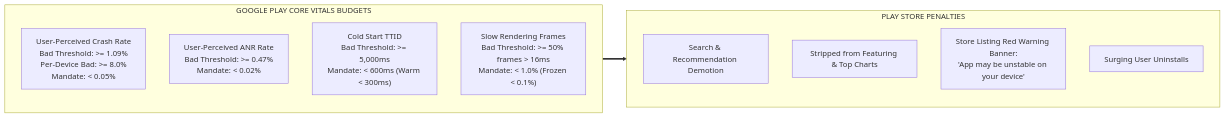
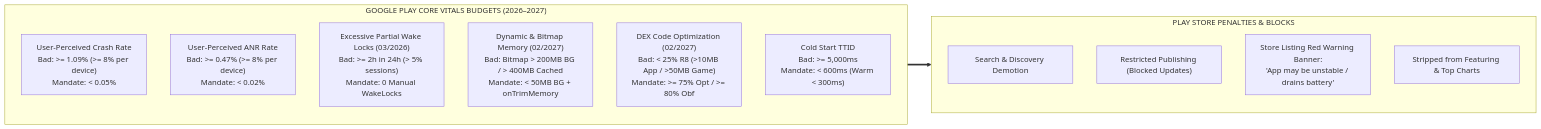
One commit to vinhvox/Anti-Vibe-Coding-Android-Engine changed the diagram in rules/27-app-quality-vitals.md. Above: the diagram before and after it, drawn with Mermaid. The commit also changed other lines of this file and 31 other files, not shown here.

Commit message:
feat(core): synchronize Gates E37-E40, 2026-2027 Play Vitals/Policy, Rule 45 & new skills from ~/.antigravity

````diff
--- a/rules/27-app-quality-vitals.md
+++ b/rules/27-app-quality-vitals.md
@@ -14,18 +14,20 @@
 ```mermaid
 flowchart LR
-    subgraph Vitals ["GOOGLE PLAY CORE VITALS BUDGETS"]
-        C["User-Perceived Crash Rate\nBad Threshold: >= 1.09%\nPer-Device Bad: >= 8.0%\nMandate: < 0.05%"]
-        A["User-Perceived ANR Rate\nBad Threshold: >= 0.47%\nMandate: < 0.02%"]
-        S["Cold Start TTID\nBad Threshold: >= 5,000ms\nMandate: < 600ms (Warm < 300ms)"]
-        J["Slow Rendering Frames\nBad Threshold: >= 50% frames > 16ms\nMandate: < 1.0% (Frozen < 0.1%)"]
+    subgraph Vitals ["GOOGLE PLAY CORE VITALS BUDGETS (2026–2027)"]
+        C["User-Perceived Crash Rate\nBad: >= 1.09% (>= 8% per device)\nMandate: < 0.05%"]
+        A["User-Perceived ANR Rate\nBad: >= 0.47% (>= 8% per device)\nMandate: < 0.02%"]
+        W["Excessive Partial Wake Locks (03/2026)\nBad: >= 2h in 24h (> 5% sessions)\nMandate: 0 Manual WakeLocks"]
+        M["Dynamic & Bitmap Memory (02/2027)\nBad: Bitmap > 200MB BG / > 400MB Cached\nMandate: < 50MB BG + onTrimMemory"]
+        D["DEX Code Optimization (02/2027)\nBad: < 25% R8 (>10MB App / >50MB Game)\nMandate: >= 75% Opt / >= 80% Obf"]
+        S["Cold Start TTID\nBad: >= 5,000ms\nMandate: < 600ms (Warm < 300ms)"]
     end
 
-    subgraph Penalties ["PLAY STORE PENALTIES"]
-        P1["Search & Recommendation Demotion"]
-        P2["Stripped from Featuring & Top Charts"]
-        P3["Store Listing Red Warning Banner:\n'App may be unstable on your device'"]
-        P4["Surging User Uninstalls"]
+    subgraph Penalties ["PLAY STORE PENALTIES & BLOCKS"]
+        P1["Search & Discovery Demotion"]
+        P2["Restricted Publishing (Blocked Updates)"]
+        P3["Store Listing Red Warning Banner:\n'App may be unstable / drains battery'"]
+        P4["Stripped from Featuring & Top Charts"]
     end
 
     Vitals ==> Penalties
 ```
````
